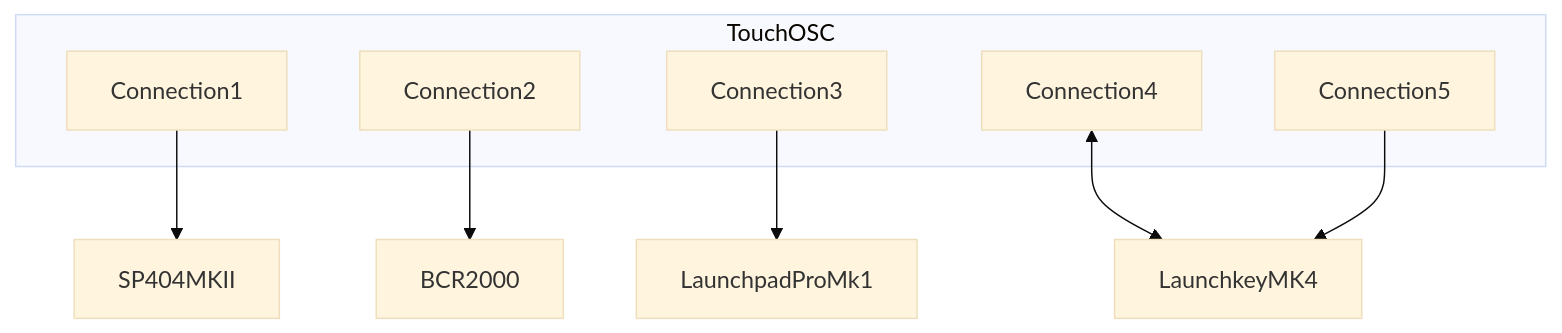
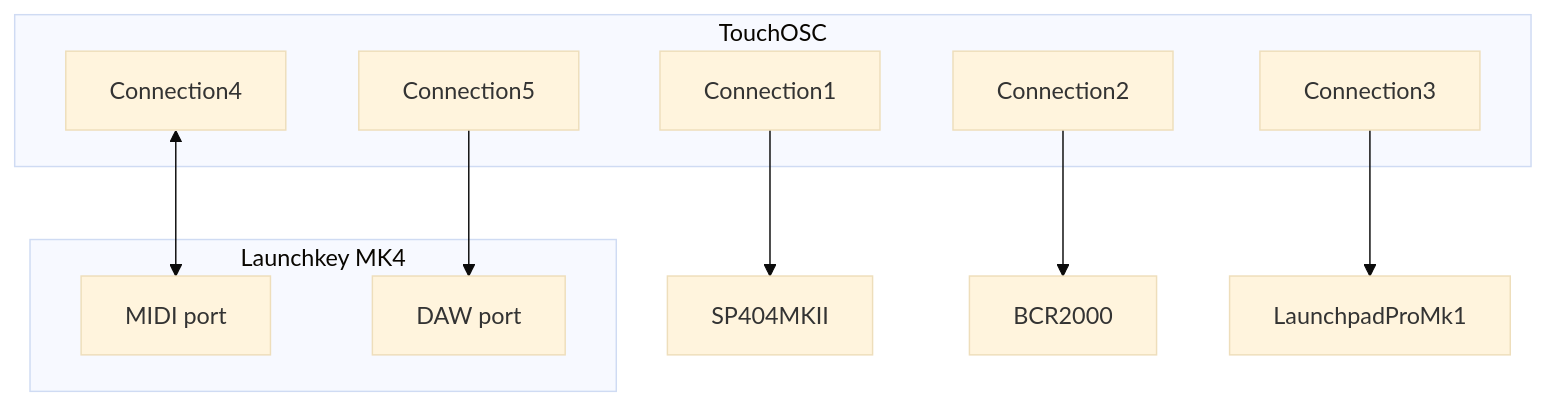
The diagram in sp404-mk2/README.md (bcmodular/touchosc-controllers), drawn with Mermaid (base theme) before and after one commit.

Commit message:
SP-404: split Launchkey into MIDI/DAW port nodes in diagram

````diff
--- a/sp404-mk2/README.md
+++ b/sp404-mk2/README.md
@@ -41,19 +41,22 @@
 ```mermaid
 flowchart TB
   subgraph touchosc [TouchOSC]
     conn1[Connection1]
     conn2[Connection2]
     conn3[Connection3]
     conn4[Connection4]
     conn5[Connection5]
   end
   sp404[SP404MKII]
   bcr[BCR2000]
   launchpad[LaunchpadProMk1]
-  launchkey[LaunchkeyMK4]
+  subgraph launchkey [Launchkey MK4]
+    lk_midi[MIDI port]
+    lk_daw[DAW port]
+  end
   conn1 --> sp404
   conn2 --> bcr
   conn3 --> launchpad
-  conn4 <--> launchkey
-  conn5 --> launchkey
+  conn4 <--> lk_midi
+  conn5 --> lk_daw
 ```
````
